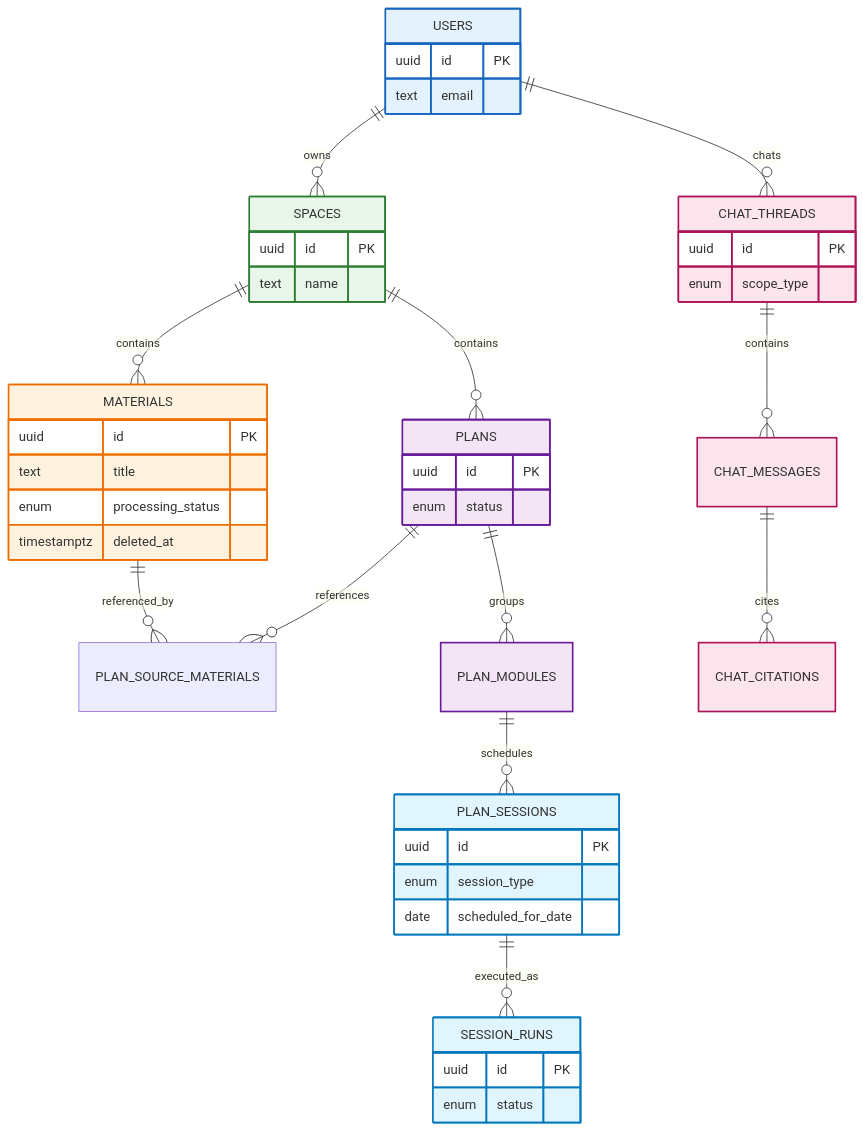
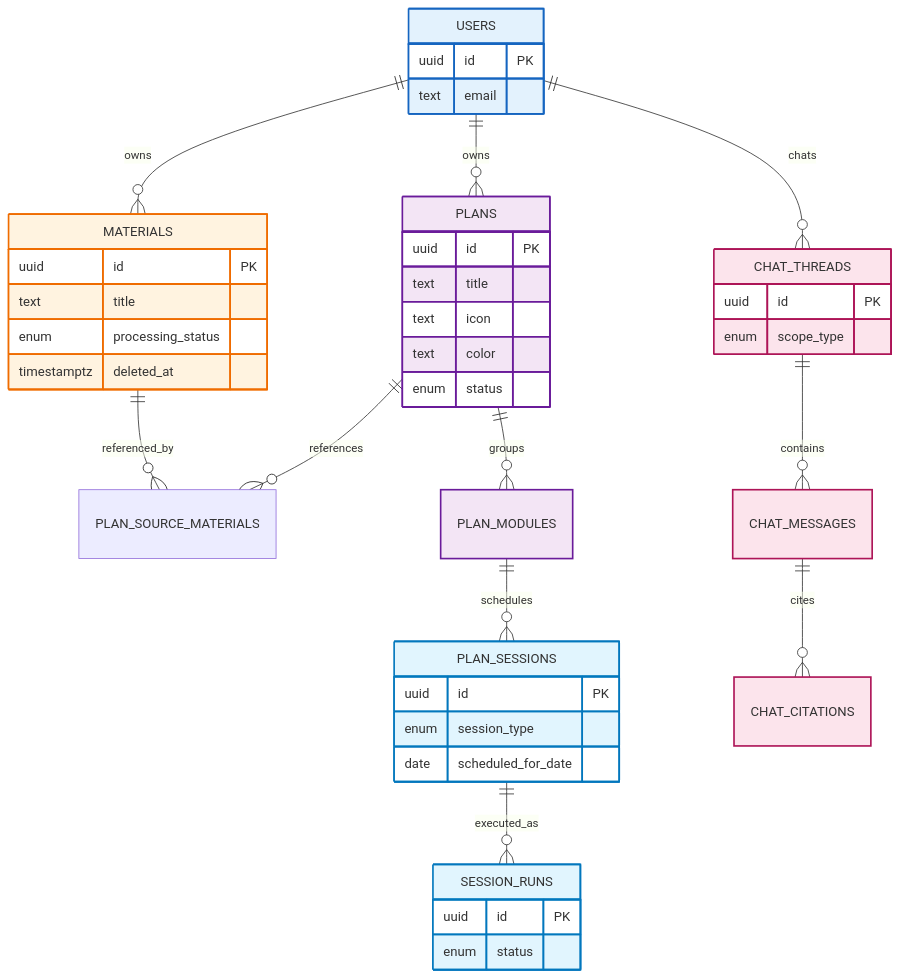
One commit to qaws7791/turbo-hono-next changed the diagram in docs/04-engineering/data-models.md. Above: the diagram before and after it, drawn with Mermaid. The commit also changed other lines of this file and 36 other files, not shown here.

````diff
--- a/docs/04-engineering/data-models.md
+++ b/docs/04-engineering/data-models.md
@@ -56,11 +50,6 @@
     text email
   }
 
-  SPACES {
-    uuid id PK
-    text name
-  }
-
   MATERIALS {
     uuid id PK
     text title
@@ -70,6 +59,9 @@
 
   PLANS {
     uuid id PK
+    text title
+    text icon
+    text color
     enum status
   }
 
@@ -93,11 +85,9 @@
   %% Relationships
   %% ===============================
 
-  USERS ||--o{ SPACES : owns
+  USERS ||--o{ MATERIALS : owns
+  USERS ||--o{ PLANS : owns
   USERS ||--o{ CHAT_THREADS : chats
-
-  SPACES ||--o{ MATERIALS : contains
-  SPACES ||--o{ PLANS : contains
 
   MATERIALS ||--o{ PLAN_SOURCE_MATERIALS : referenced_by
   PLANS ||--o{ PLAN_SOURCE_MATERIALS : references
@@ -115,24 +105,18 @@
   %% ===============================
 
   classDef identity fill:#E3F2FD,stroke:#1565C0,stroke-width:2px
-  classDef space fill:#E8F5E9,stroke:#2E7D32,stroke-width:2px
   classDef material fill:#FFF3E0,stroke:#EF6C00,stroke-width:2px
   classDef plan fill:#F3E5F5,stroke:#6A1B9A,stroke-width:2px
   classDef session fill:#E1F5FE,stroke:#0277BD,stroke-width:2px
   classDef chat fill:#FCE4EC,stroke:#AD1457,stroke-width:2px
 
   class USERS identity
-  class SPACES space
-
   class MATERIALS material
-
   class PLANS plan
   class PLAN_MODULES plan
   class PLAN_SESSIONS session
   class SESSION_RUNS session
-
   class CHAT_THREADS chat
   class CHAT_MESSAGES chat
   class CHAT_CITATIONS chat
-
 ```
````
